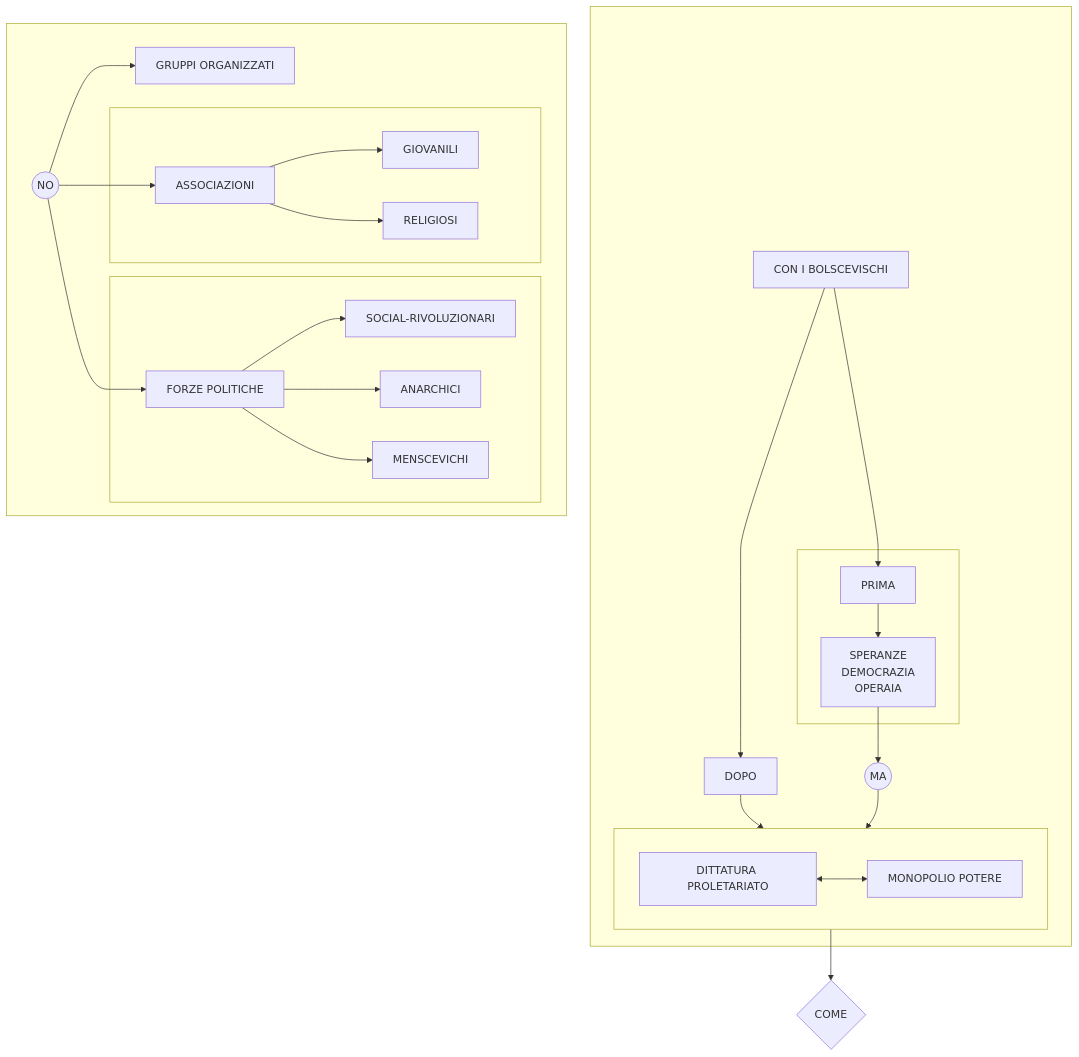
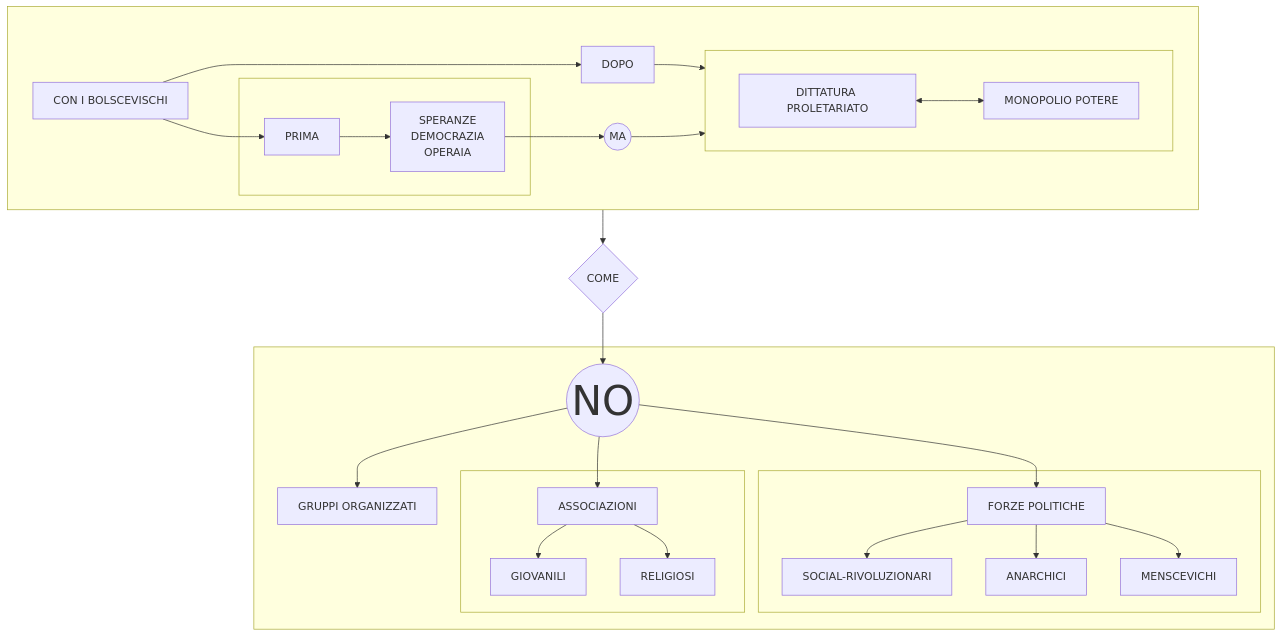
Before and after one commit to Laaouatni/ricerca-storia-MermaidJS: the diagram in prova.md, drawn with Mermaid.

````diff
--- a/prova.md
+++ b/prova.md
@@ -1,41 +1,43 @@
 ```mermaid
 flowchart TB
   subgraph 42[" "]
     0[CON I BOLSCEVISCHI]
     subgraph 3[" "]
       1[PRIMA]
       10[SPERANZE <br> DEMOCRAZIA <br> OPERAIA]
       1 --> 10
     end
     2[DOPO]
     0 --> 1 & 2
     subgraph 4[" "]
       40[DITTATURA PROLETARIATO]
       400[MONOPOLIO POTERE]
       40 <--> 400
     end
     2 --> 4
     41((MA))
     10 --> 41 --> 4
   end
   5{COME}
-  4 --> 5
+  42 --> 5
   subgraph 6[" "]
     60((NO))
+    style 60 font-size: 60px;
     61[GRUPPI ORGANIZZATI]
     subgraph 64[" "]
       62[ASSOCIAZIONI]
       620[GIOVANILI]
       621[RELIGIOSI]
     end
     subgraph 65[" "]
       63[FORZE POLITICHE]
       630[SOCIAL-RIVOLUZIONARI]
       631[ANARCHICI]
       632[MENSCEVICHI]
     end
     60 --> 61 & 62 & 63
     63 --> 630 & 631 & 632
     62 --> 620 & 621
   end
+  5 --> 60
 ```
````
